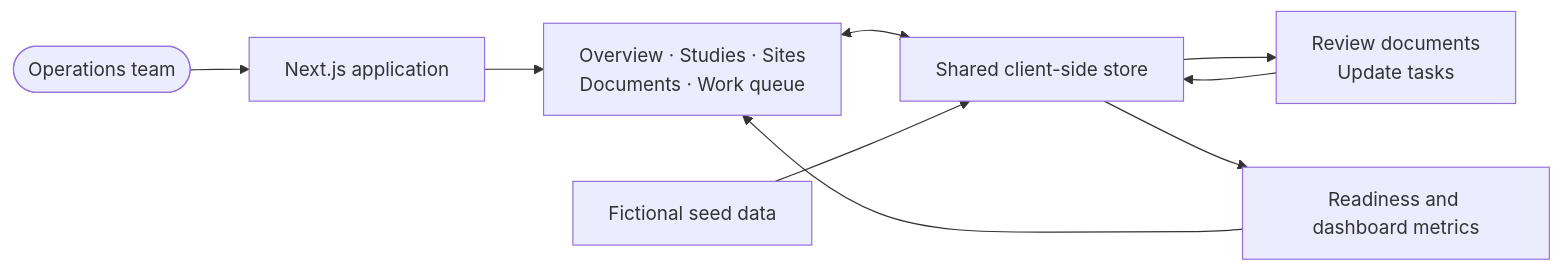
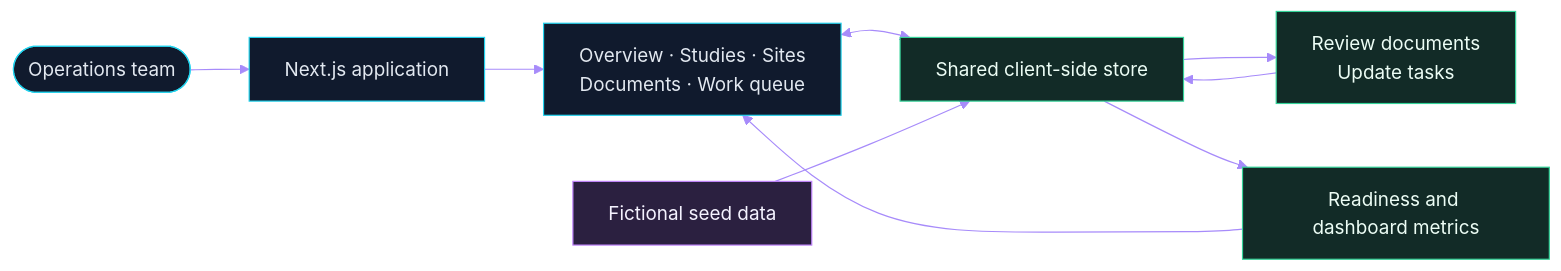
Before and after one commit to 2yb/2yb: the second of 2 diagrams in README.md, drawn with Mermaid. The commit also changed other lines of this file and 1 other file, not shown here.

Commit message:
docs: add dark animated full-stack profile design

````diff
--- a/README.md
+++ b/README.md
@@ -83,11 +91,19 @@
 ```mermaid
+%%{init: {"theme": "base", "themeVariables": {"darkMode": true, "background": "#080b18", "primaryColor": "#172554", "primaryTextColor": "#e2e8f0", "primaryBorderColor": "#22d3ee", "lineColor": "#a78bfa", "secondaryColor": "#123329", "tertiaryColor": "#111827", "fontFamily": "Inter, Segoe UI, sans-serif"}}}%%
 flowchart LR
     operator([Operations team]) --> app["Next.js application"]
     app --> pages["Overview · Studies · Sites<br/>Documents · Work queue"]
     pages <--> store["Shared client-side store"]
     seed["Fictional seed data"] --> store
     store --> actions["Review documents<br/>Update tasks"]
     actions --> store
     store --> derived["Readiness and dashboard metrics"]
     derived --> pages
+
+    classDef user fill:#101a2d,stroke:#22d3ee,color:#e2e8f0
+    classDef workflow fill:#122b27,stroke:#34d399,color:#ecfdf5
+    classDef data fill:#2b2040,stroke:#c084fc,color:#f5f3ff
+    class operator,app,pages user
+    class store,actions,derived workflow
+    class seed data
 ```
````
